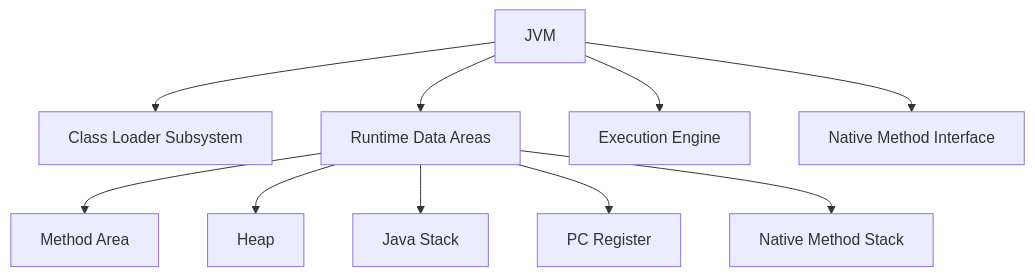
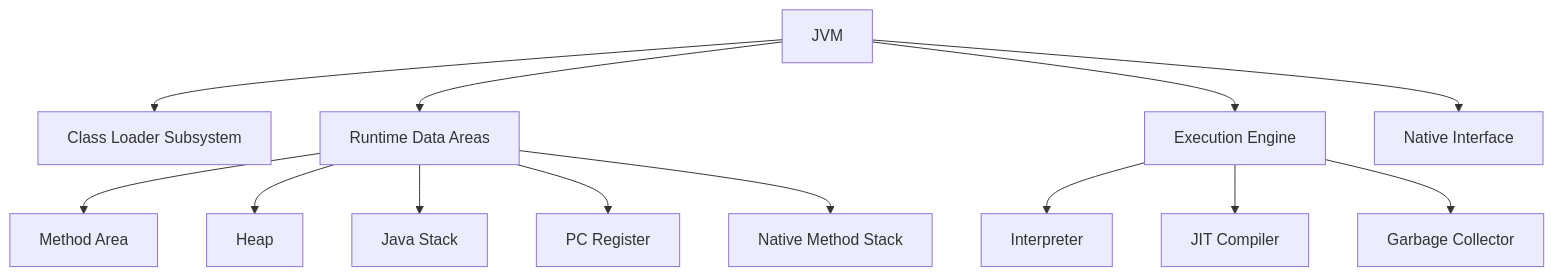
The first of 2 diagrams in jvm-internals-and-class-loading/README.md (VrushankPatel/interview-matters), drawn with Mermaid before and after one commit. The commit also changed other lines of this file and 5 other files, not shown here.

````diff
--- a/jvm-internals-and-class-loading/README.md
+++ b/jvm-internals-and-class-loading/README.md
@@ -21,13 +21,17 @@
 ```mermaid
 graph TD
     A[JVM] --> B[Class Loader Subsystem]
     A --> C[Runtime Data Areas]
     A --> D[Execution Engine]
-    A --> E[Native Method Interface]
+    A --> E[Native Interface]
     
     C --> F[Method Area]
     C --> G[Heap]
     C --> H[Java Stack]
     C --> I[PC Register]
     C --> J[Native Method Stack]
+    
+    D --> K[Interpreter]
+    D --> L[JIT Compiler]
+    D --> M[Garbage Collector]
 ```
````
